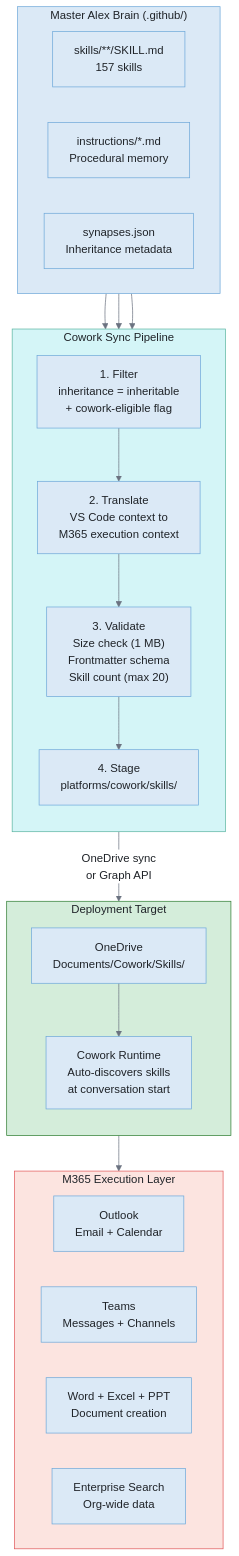
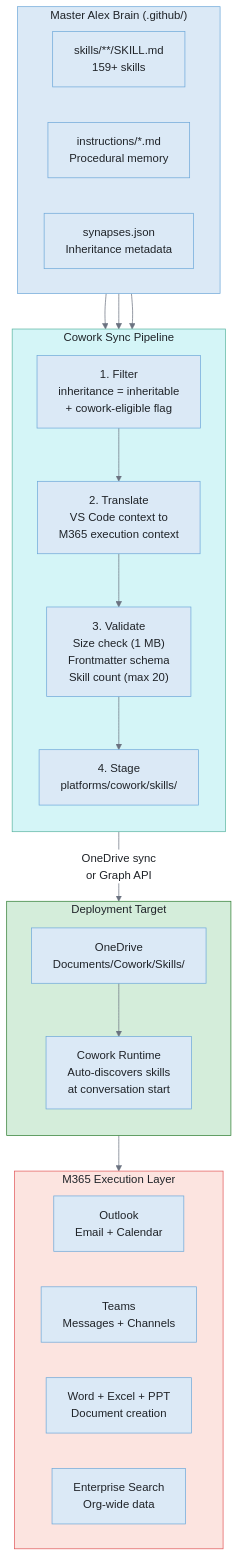
Before and after one commit to fabioc-aloha/Alex_Plug_In: the second of 8 diagrams in alex_docs/cowork/ARCHITECTURE.md, drawn with Mermaid. The commit also changed other lines of this file and 8 other files, not shown here.

````diff
--- a/alex_docs/cowork/ARCHITECTURE.md
+++ b/alex_docs/cowork/ARCHITECTURE.md
@@ -82,48 +82,48 @@
 ```mermaid
 %%{init: {'theme': 'base', 'themeVariables': {'background': '#f8f9fa', 'primaryColor': '#dbe9f6', 'primaryTextColor': '#1f2328', 'primaryBorderColor': '#6ea8d9', 'lineColor': '#6b7280', 'secondaryColor': '#d4f5f7', 'secondaryBorderColor': '#5ab5a0', 'edgeLabelBackground': '#ffffff', 'fontFamily': 'Segoe UI, system-ui, sans-serif'}}}%%
 flowchart TB
     subgraph MASTER_BRAIN["Master Alex Brain (.github/)"]
         direction LR
-        SKILLS["skills/**/SKILL.md<br/>157 skills"]
+        SKILLS["skills/**/SKILL.md<br/>159+ skills"]
         INSTR["instructions/*.md<br/>Procedural memory"]
         SYN["synapses.json<br/>Inheritance metadata"]
     end
 
     subgraph PIPELINE["Cowork Sync Pipeline"]
         direction TB
         FILTER["1. Filter<br/>inheritance = inheritable<br/>+ cowork-eligible flag"]
         TRANSLATE["2. Translate<br/>VS Code context to<br/>M365 execution context"]
         VALIDATE["3. Validate<br/>Size check (1 MB)<br/>Frontmatter schema<br/>Skill count (max 20)"]
         STAGE["4. Stage<br/>platforms/cowork/skills/"]
     end
 
     subgraph DEPLOY["Deployment Target"]
         direction TB
         ONEDRIVE["OneDrive<br/>Documents/Cowork/Skills/"]
         COWORK_RT["Cowork Runtime<br/>Auto-discovers skills<br/>at conversation start"]
     end
 
     subgraph M365_EXEC["M365 Execution Layer"]
         direction LR
         OUTLOOK["Outlook<br/>Email + Calendar"]
         TEAMS["Teams<br/>Messages + Channels"]
         OFFICE["Word + Excel + PPT<br/>Document creation"]
         SEARCH["Enterprise Search<br/>Org-wide data"]
     end
 
     SKILLS --> FILTER
     SYN --> FILTER
     INSTR --> TRANSLATE
     FILTER --> TRANSLATE
     TRANSLATE --> VALIDATE
     VALIDATE --> STAGE
 
     STAGE -->|"OneDrive sync<br/>or Graph API"| ONEDRIVE
     ONEDRIVE --> COWORK_RT
     COWORK_RT --> M365_EXEC
 
     style MASTER_BRAIN fill:#dbe9f6,stroke:#6ea8d9,color:#1f2328
     style PIPELINE fill:#d4f5f7,stroke:#5ab5a0,color:#1f2328
     style DEPLOY fill:#d4edda,stroke:#2e7d32,color:#1f2328
     style M365_EXEC fill:#fce4e0,stroke:#e15759,color:#1f2328
 ```
````
